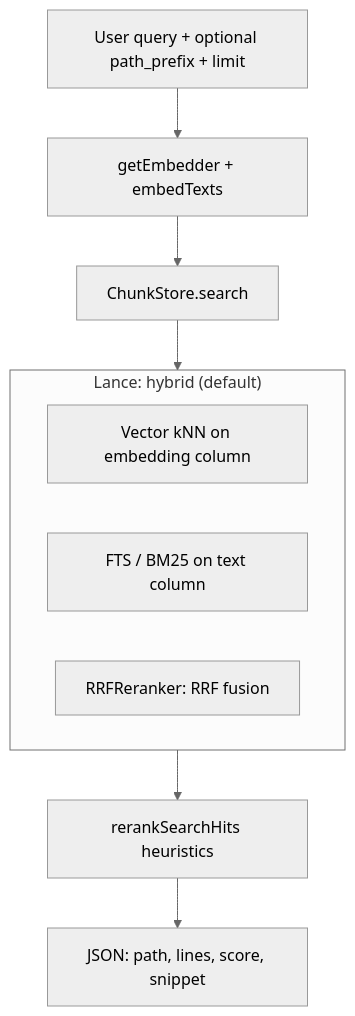
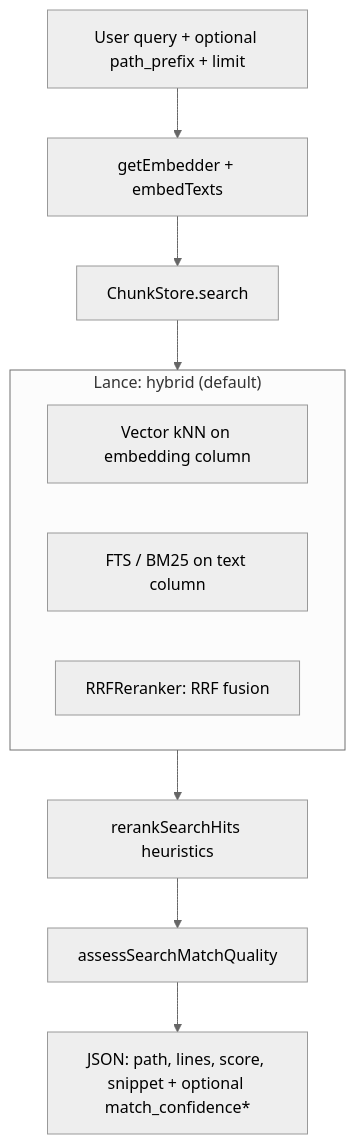
The diagram in docs/architecture/search.md (tr4n2uil/codebase_mcp), drawn with Mermaid (neutral theme) before and after one commit. The commit also changed other lines of this file and 8 other files, not shown here.

Commit message:
feat: demotion, confidence score and disambiguation

````diff
--- a/docs/architecture/search.md
+++ b/docs/architecture/search.md
@@ -7,18 +7,20 @@
 ```mermaid
 flowchart TD
   Q[User query + optional path_prefix + limit]
   E[getEmbedder + embedTexts]
   S[ChunkStore.search]
   subgraph s1["Lance: hybrid (default)"]
     V[Vector kNN on embedding column]
     T[FTS / BM25 on text column]
     F[RRFReranker: RRF fusion]
   end
   R[rerankSearchHits heuristics]
-  O[JSON: path, lines, score, snippet]
+  M[assessSearchMatchQuality]
+  O[JSON: path, lines, score, snippet + optional match_confidence*]
   Q --> E
   E --> S
   S --> s1
   s1 --> R
-  R --> O
+  R --> M
+  M --> O
 ```
````
